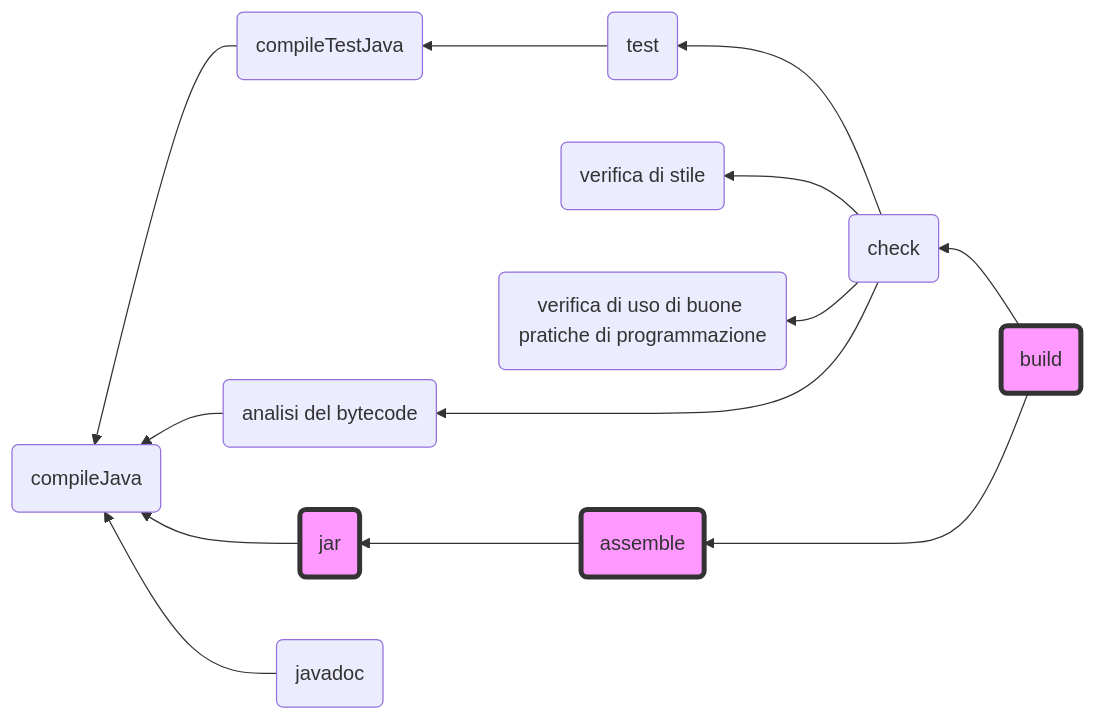
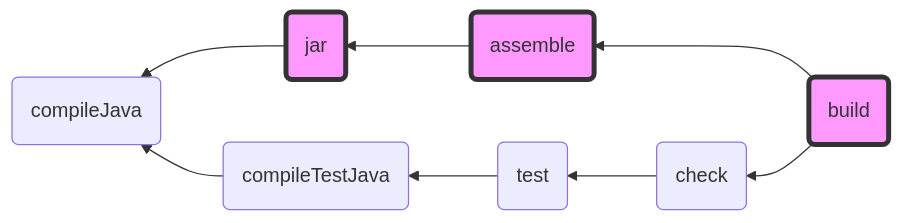
The second of 2 diagrams in lecture-markdown/content/lab/08-jar/generator.md (unibo-lptsi-pss/pss-slides), drawn with Mermaid before and after one commit. The commit also changed other lines of this file, not shown here.

````diff
--- a/lecture-markdown/content/lab/08-jar/generator.md
+++ b/lecture-markdown/content/lab/08-jar/generator.md
@@ -59,27 +53,18 @@
 ```mermaid
 flowchart RL
 
 compile(compileJava)
 compileTest(compileTestJava):::test
-checkstyle(verifica di stile):::staticAnalysis
-pmd(verifica di uso di buone pratiche di programmazione):::staticAnalysis
-spotbugs(analisi del bytecode):::staticAnalysis
 check(check):::check
 test(test):::test
 assemble(assemble):::jar
 jar(jar):::jar
-javadoc(javadoc):::docs
 build(build):::build
 assemble --> jar --> compile
-spotbugs --> compile
 check --> test --> compileTest --> compile
-check --> checkstyle
-check --> pmd
-check --> spotbugs
-javadoc --> compile
 build --> check
 build --> assemble
 classDef jar fill:#f9f,stroke:#333,stroke-width:4px
 classDef assemble fill:#f9f,stroke:#333,stroke-width:4px
 classDef build fill:#f9f,stroke:#333,stroke-width:4px
 ```
````
